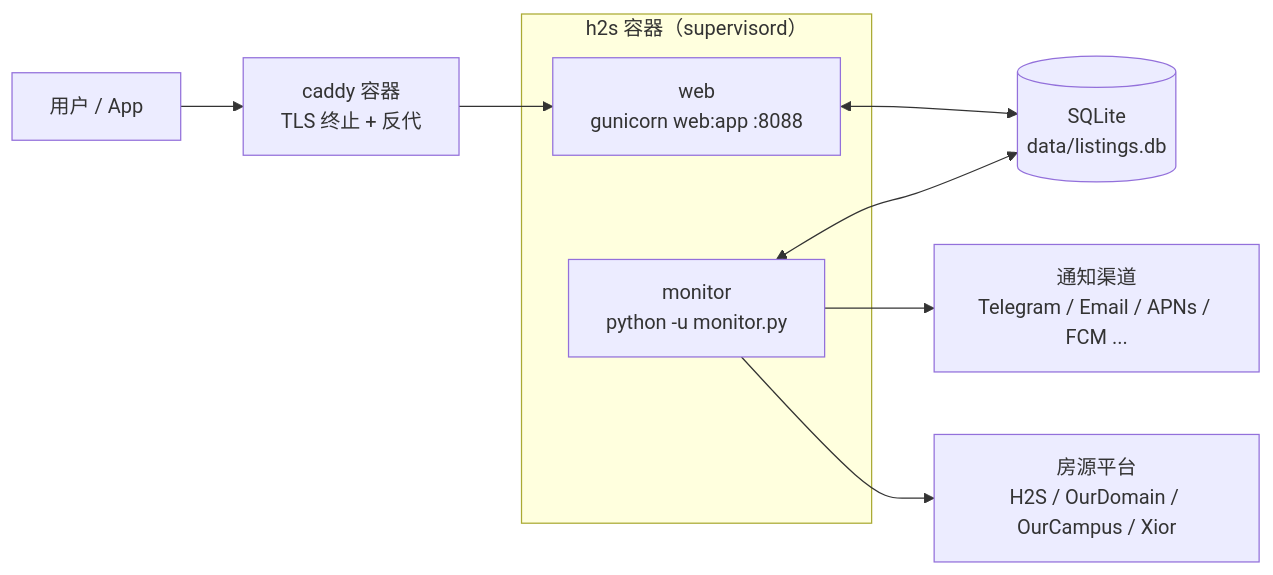
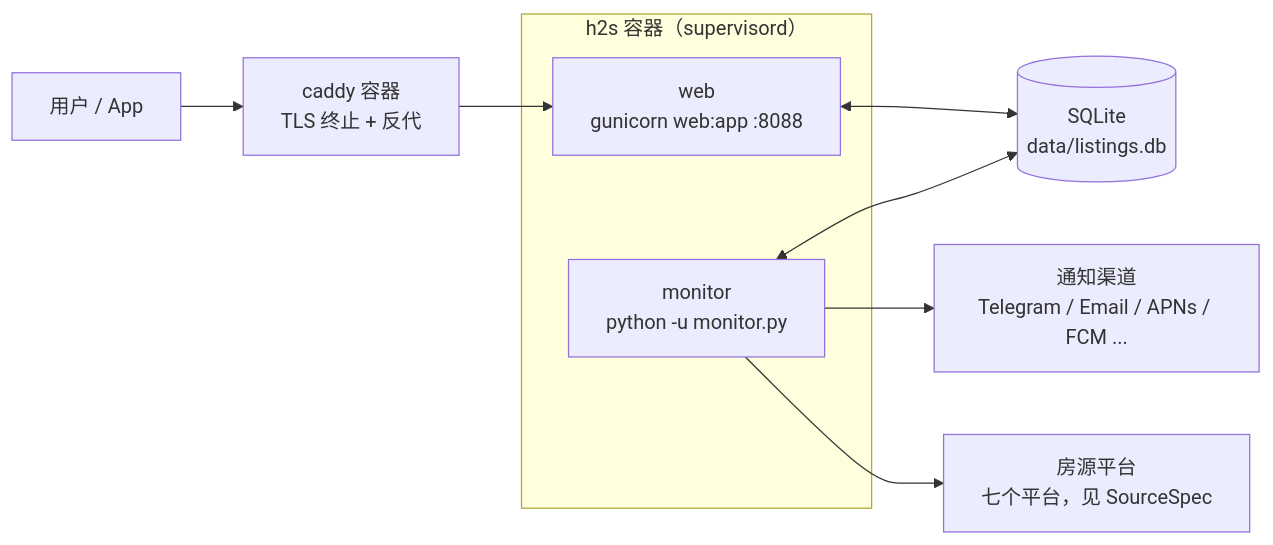
The first of 6 diagrams in docs/ARCHITECTURE.md (751K/holland2stay-monitor), drawn with Mermaid before and after one commit. The commit also changed other lines of this file and 13 other files, not shown here.

````diff
--- a/docs/ARCHITECTURE.md
+++ b/docs/ARCHITECTURE.md
@@ -17,15 +17,15 @@
 ```mermaid
 flowchart LR
     U["用户 / App"] --> C["caddy 容器<br/>TLS 终止 + 反代"]
     C --> W
 
     subgraph H["h2s 容器（supervisord）"]
         W["web<br/>gunicorn web:app :8088"]
         M["monitor<br/>python -u monitor.py"]
     end
 
     W <--> DB[("SQLite<br/>data/listings.db")]
     M <--> DB
     M --> N["通知渠道<br/>Telegram / Email / APNs / FCM ..."]
-    M --> S["房源平台<br/>H2S / OurDomain / OurCampus / Xior"]
+    M --> S["房源平台<br/>七个平台，见 SourceSpec"]
 ```
````
